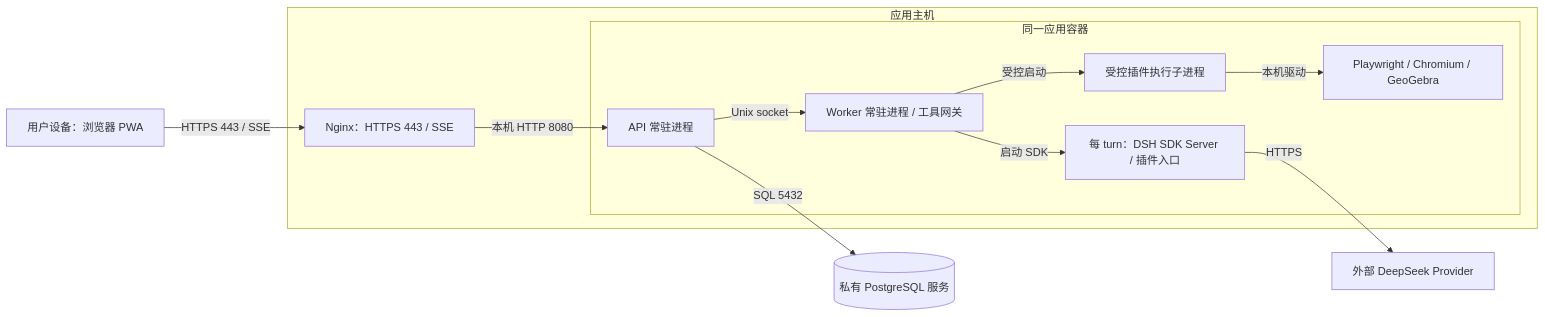
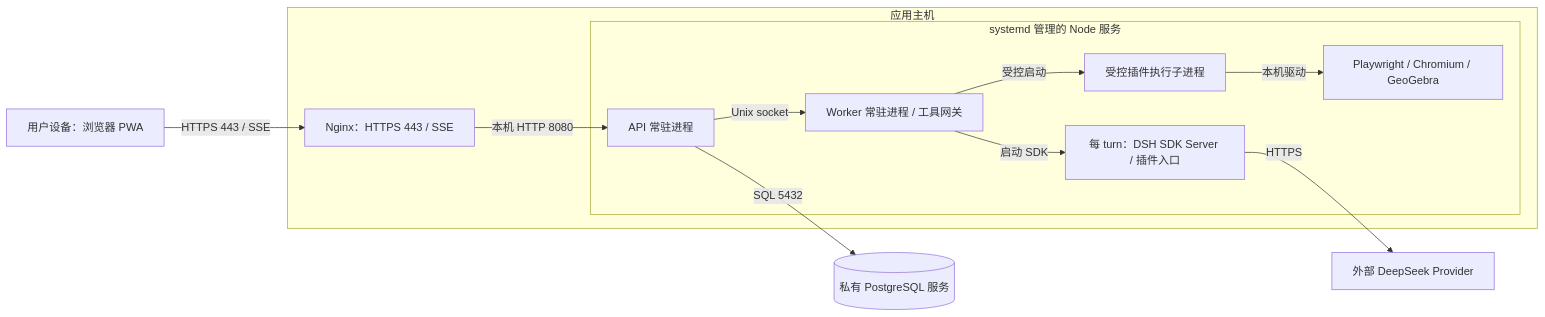
Before and after one commit to Jack7510/gpt_ggb: the third of 3 diagrams in docs/question-plugin-agent.md, drawn with Mermaid. The commit also changed other lines of this file and 31 other files, not shown here.

````diff
--- a/docs/question-plugin-agent.md
+++ b/docs/question-plugin-agent.md
@@ -327,24 +327,24 @@
 ```mermaid
 flowchart LR
   User[用户设备：浏览器 PWA]
   subgraph Host[应用主机]
     Edge[Nginx：HTTPS 443 / SSE]
-    subgraph Container[同一应用容器]
+    subgraph Services[systemd 管理的 Node 服务]
       Api[API 常驻进程]
       Worker[Worker 常驻进程 / 工具网关]
       Dsh[每 turn：DSH SDK Server / 插件入口]
       Executor[受控插件执行子进程]
       Runtime[Playwright / Chromium / GeoGebra]
       Api -->|Unix socket| Worker
       Worker -->|启动 SDK| Dsh
       Worker -->|受控启动| Executor
       Executor -->|本机驱动| Runtime
     end
     Edge -->|本机 HTTP 8080| Api
   end
   Db[(私有 PostgreSQL 服务)]
   Provider[外部 DeepSeek Provider]
   User -->|HTTPS 443 / SSE| Edge
   Api -->|SQL 5432| Db
   Dsh -->|HTTPS| Provider
 ```
````
